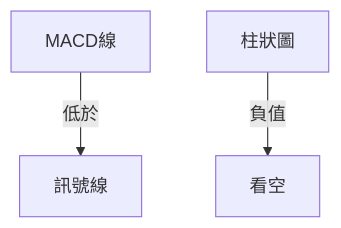
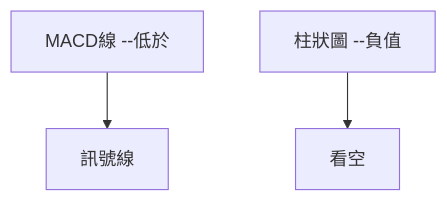
The seventh of 11 diagrams in ai_gen_report/stock/sofi/technical_analysis_2026-03-28_openai.md (yennanliu/finance_data), drawn with Mermaid before and after one commit. The commit also changed other lines of this file and 2258 other files, not shown here.

First line of the commit message:
chore: backfill Mermaid syntax repair across existing reports

````diff
--- a/ai_gen_report/stock/sofi/technical_analysis_2026-03-28_openai.md
+++ b/ai_gen_report/stock/sofi/technical_analysis_2026-03-28_openai.md
@@ -245,5 +245,5 @@
 ```mermaid
 graph TD
-    MACD線 --低於--> 訊號線
-    柱狀圖 --負值--> 看空
+    nb1["MACD線 --低於"] --> 訊號線
+    nb2["柱狀圖 --負值"] --> 看空
 ```
````
